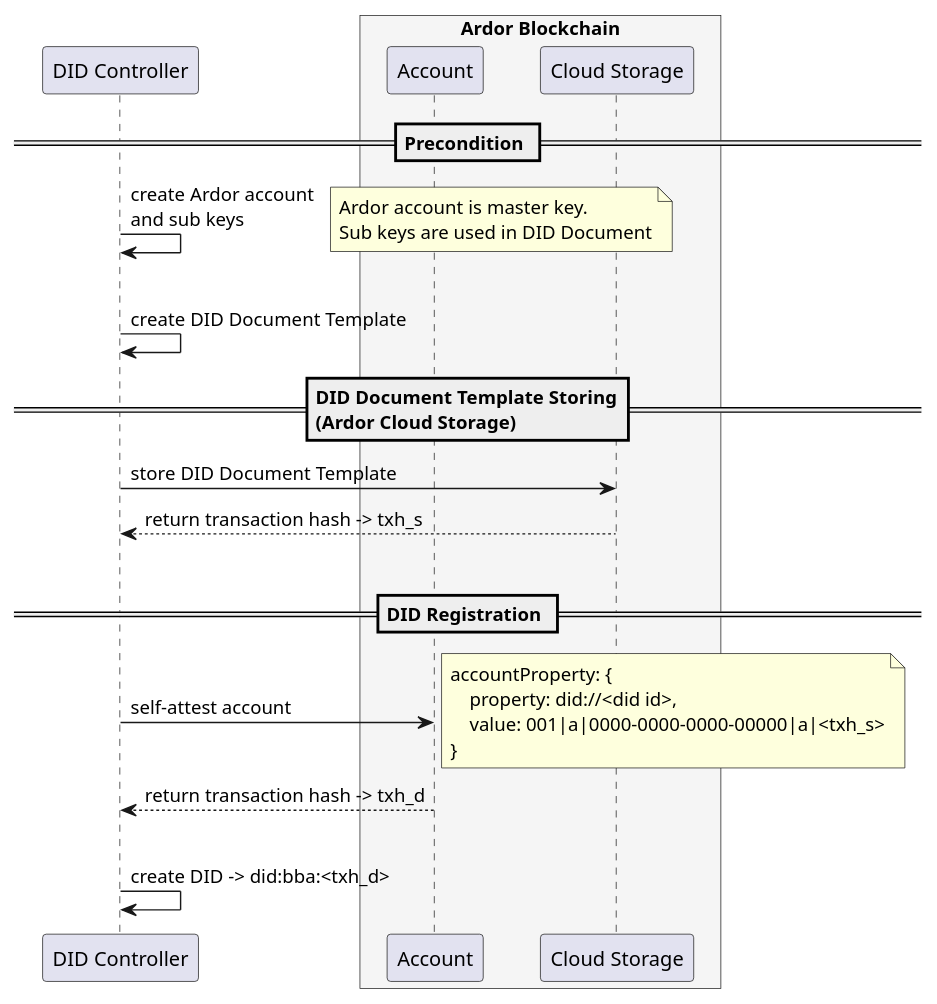
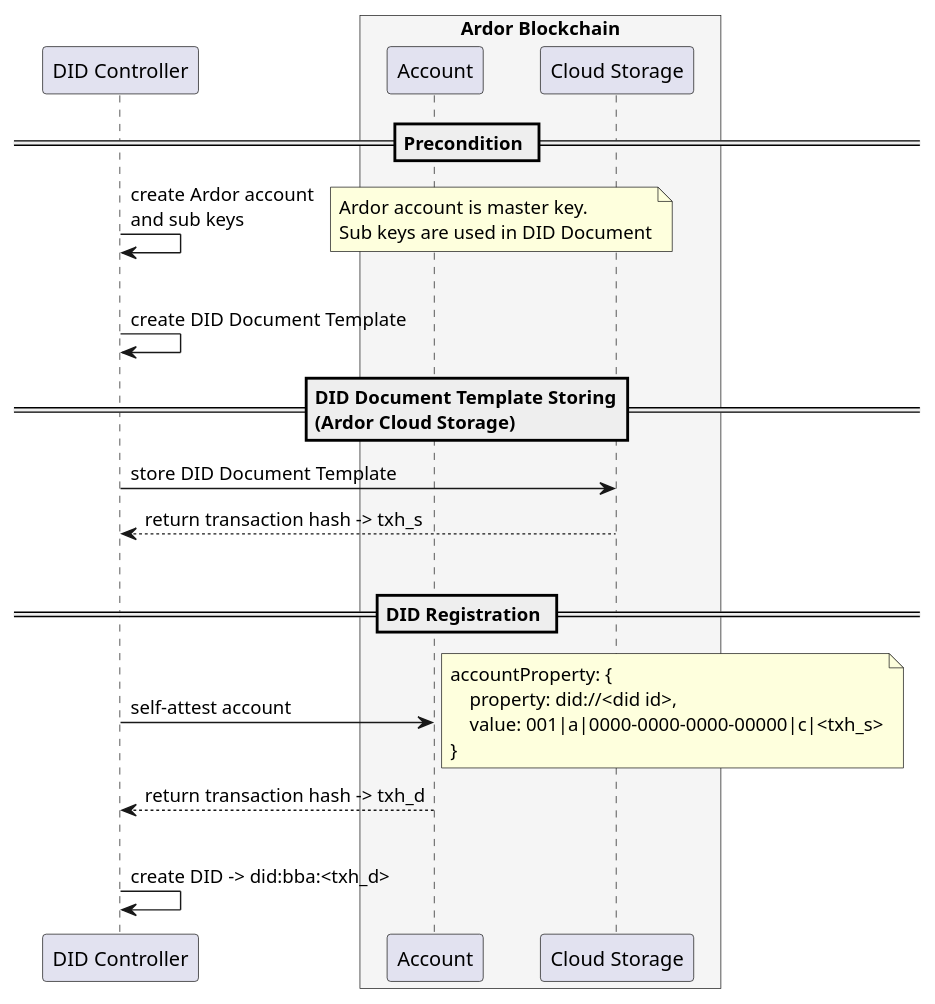
One commit to blobaa/bba-did-method-specification changed the diagram in docs/plantuml/src/did-create.puml. Above: the diagram before and after it, drawn with PlantUML. The commit also changed 2 other files, not shown here.

```diff
--- a/docs/plantuml/src/did-create.puml
+++ b/docs/plantuml/src/did-create.puml
@@ -1,40 +1,40 @@
 @startuml
 skinparam BoxPadding 15
 skinparam ParticipantPadding 15
 
 
 participant "DID Controller" as DCR
 box "Ardor Blockchain" #WhiteSmoke
     participant "Account" as ATTE
     participant "Cloud Storage" as STR
 end box
 
 
 == Precondition ==
 DCR -> DCR: create Ardor account\nand sub keys
 note right
     Ardor account is master key.
     Sub keys are used in DID Document
 end note
 |||
 DCR -> DCR: create DID Document Template
 
 == DID Document Template Storing\n(Ardor Cloud Storage) ==
 DCR -> STR: store DID Document Template
 STR --> DCR: return transaction hash -> txh_s
 |||
 
 == DID Registration ==
 DCR -> ATTE: self-attest account
 note right
     accountProperty: {
         property: did://<did id>,
-        value: 001|a|0000-0000-0000-00000|a|<txh_s>
+        value: 001|a|0000-0000-0000-00000|c|<txh_s>
     }
 end note
 ATTE --> DCR: return transaction hash -> txh_d
 |||
 DCR -> DCR: create DID -> did:bba:<txh_d>
 
 
 @enduml
```
